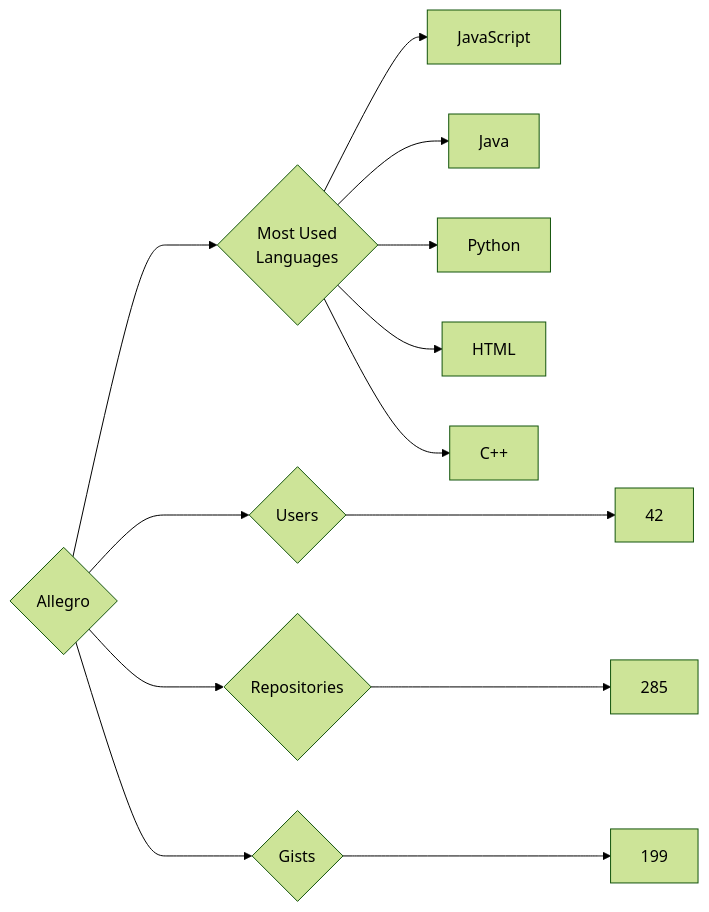
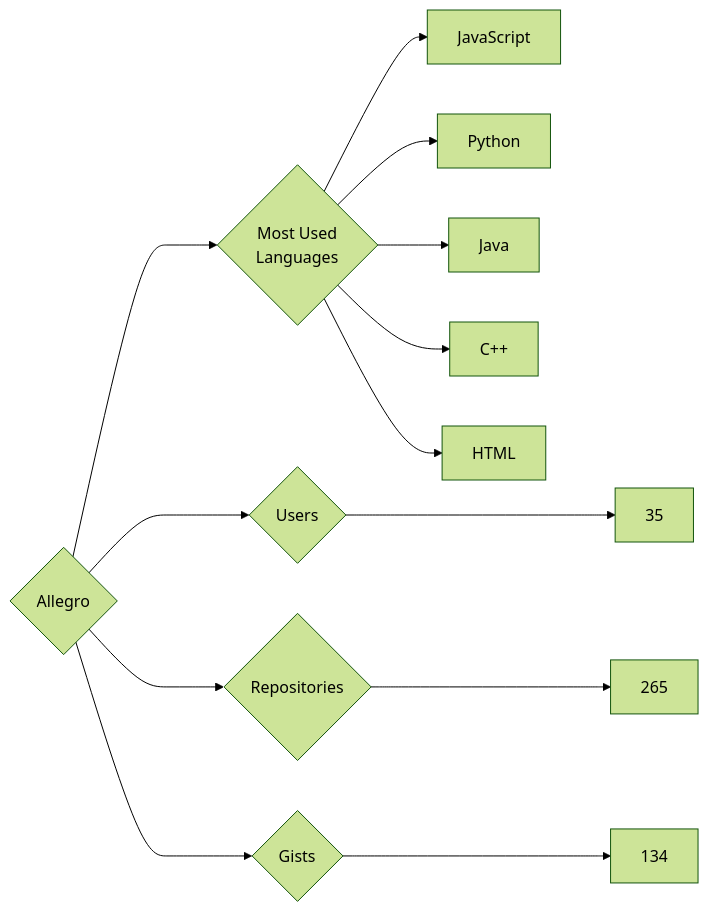
The diagram in targets/Allegro/README.md (trickest/insiders), drawn with Mermaid (forest theme) before and after one commit. The commit also changed 644 other files, not shown here.

````diff
--- a/targets/Allegro/README.md
+++ b/targets/Allegro/README.md
@@ -3,13 +3,13 @@
 ```mermaid
 graph LR
 COMPANY_NAME{Allegro}
-COMPANY_NAME ---> U{Users} ---> UN[42]
-COMPANY_NAME ---> R{Repositories} ---> RN[285]
-COMPANY_NAME ---> G{Gists} ---> GN[199]
+COMPANY_NAME ---> U{Users} ---> UN[35]
+COMPANY_NAME ---> R{Repositories} ---> RN[265]
+COMPANY_NAME ---> G{Gists} ---> GN[134]
 COMPANY_NAME ---> ML{Most Used<br>Languages}
 ML --> JavaScript[JavaScript]
+ML --> Python[Python]
 ML --> Java[Java]
-ML --> Python[Python]
+ML --> C++[C++]
 ML --> HTML[HTML]
-ML --> C++[C++]
 ```
````
